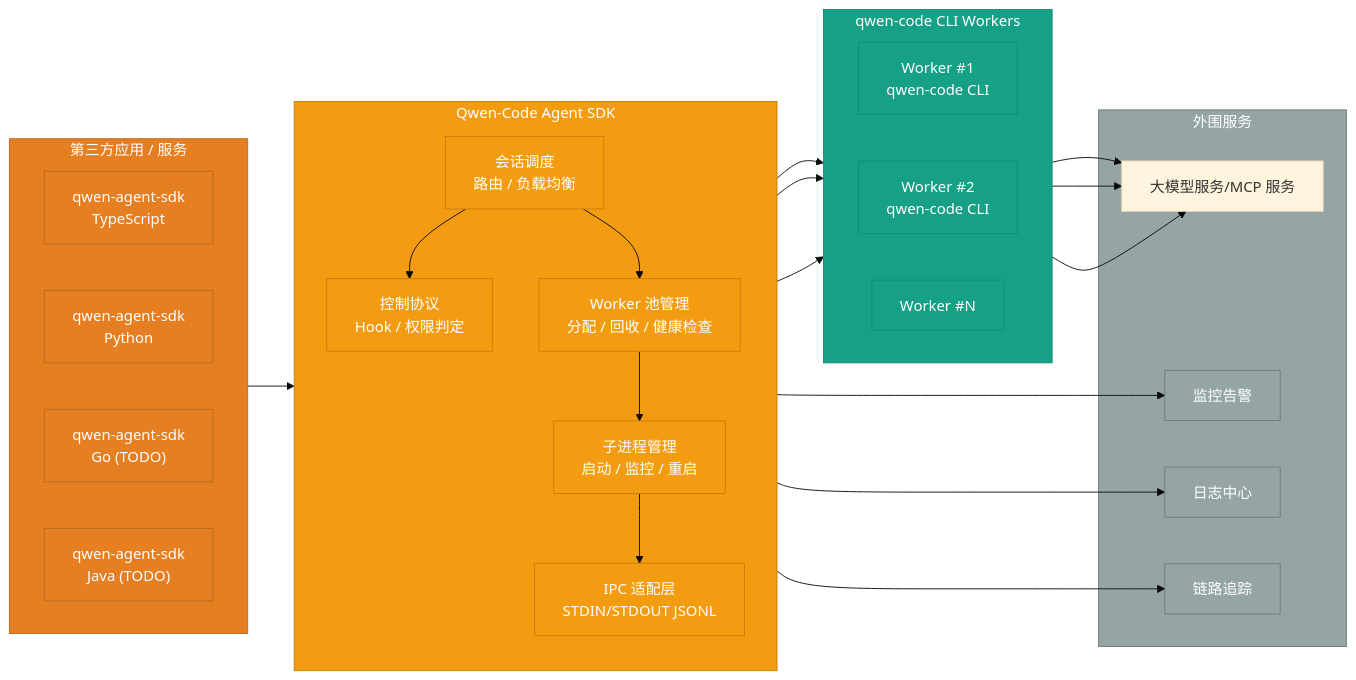
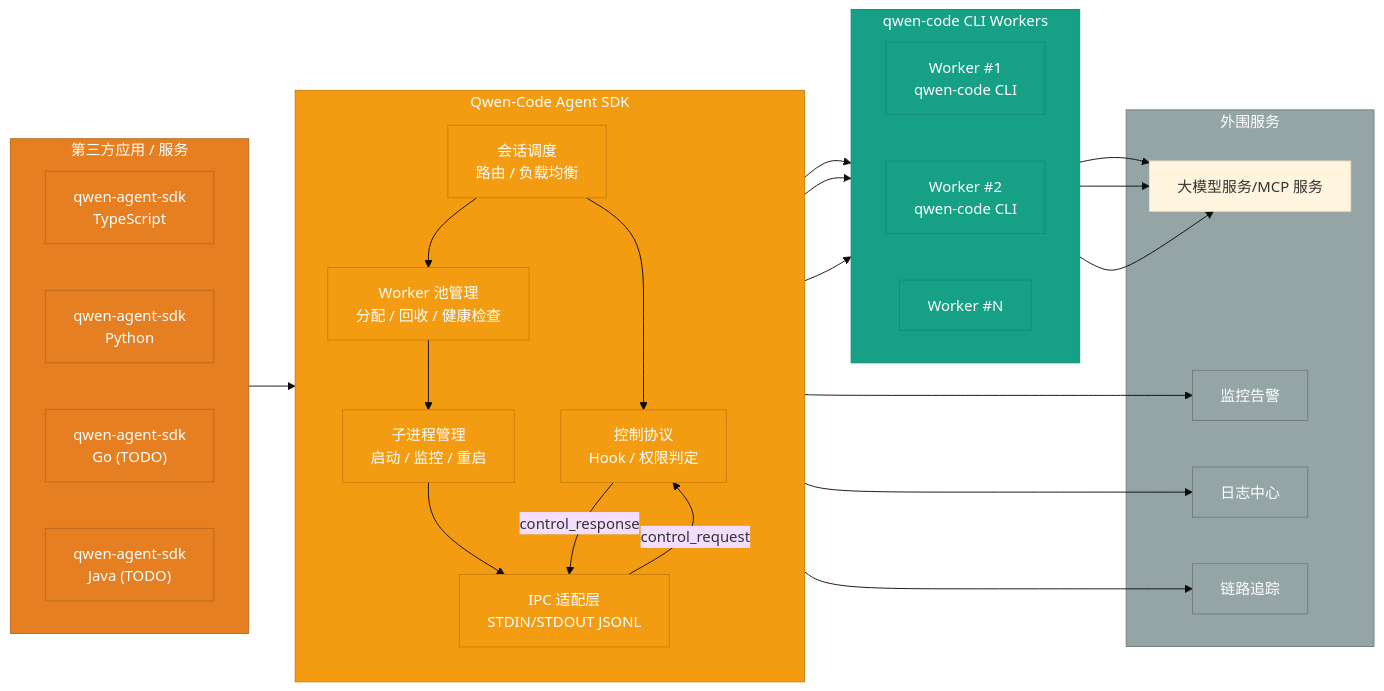
The first of 2 diagrams in docs/rfc/qwen-code-agent-framework-rfc_cn.md (x22x22/qwen-code), drawn with Mermaid (base theme) before and after one commit. The commit also changed other lines of this file, not shown here.

````diff
--- a/docs/rfc/qwen-code-agent-framework-rfc_cn.md
+++ b/docs/rfc/qwen-code-agent-framework-rfc_cn.md
@@ -31,59 +31,61 @@
 ```mermaid
 flowchart LR
     subgraph Clients["第三方应用 / 服务"]
         direction LR
         TypeScriptSDK["qwen-agent-sdk<br/>TypeScript"]
         PythonSDK["qwen-agent-sdk<br/>Python"]
         GoSDK["qwen-agent-sdk<br/>Go (TODO)"]
         JavaSDK["qwen-agent-sdk<br/>Java (TODO)"]
     end
 
     subgraph AgentSDK["Qwen-Code Agent SDK"]
         direction TB
         Router["会话调度<br/>路由 / 负载均衡"]
         ControlPlane["控制协议<br/>Hook / 权限判定"]
         WorkerPool["Worker 池管理<br/>分配 / 回收 / 健康检查"]
         ProcessMgr["子进程管理<br/>启动 / 监控 / 重启"]
         IPC["IPC 适配层<br/>STDIN/STDOUT JSONL"]
     end
 
     subgraph Workers["qwen-code CLI Workers"]
         direction LR
         Worker1["Worker #1<br/>qwen-code CLI"]
         Worker2["Worker #2<br/>qwen-code CLI"]
         WorkerN["Worker #N"]
     end
 
     subgraph Services["外围服务"]
         LLM_MCP["大模型服务/MCP 服务"]
         Monitor["监控告警"]
         Logger["日志中心"]
         Trace["链路追踪"]
     end
 
     Clients --> Router
     Router --> ControlPlane
     Router --> WorkerPool
     WorkerPool --> ProcessMgr
     ProcessMgr --> IPC
+    ControlPlane -->|control_response| IPC
+    IPC -->|control_request| ControlPlane
     IPC --> Worker1
     IPC --> Worker2
     IPC --> WorkerN
 
     Worker1 --> LLM_MCP
     Worker2 --> LLM_MCP
     WorkerN --> LLM_MCP
 
     Router --> Monitor
     Router --> Logger
     Router --> Trace
 
     classDef clientStyle fill:#e67e22,stroke:#ba6c1e,color:#fff
     classDef sdkStyle fill:#f39c12,stroke:#ca7e08,color:#fff
     classDef workerStyle fill:#16a085,stroke:#138d75,color:#fff
     classDef serviceStyle fill:#95a5a6,stroke:#707b7c,color:#fff
     class Clients,TypeScriptSDK,PythonSDK,GoSDK,JavaSDK clientStyle
     class AgentSDK,Router,ControlPlane,ProcessMgr,IPC,WorkerPool sdkStyle
     class Workers,Worker1,Worker2,WorkerN workerStyle
     class Services,MCP,Monitor,Logger,Trace serviceStyle
 ```
````
